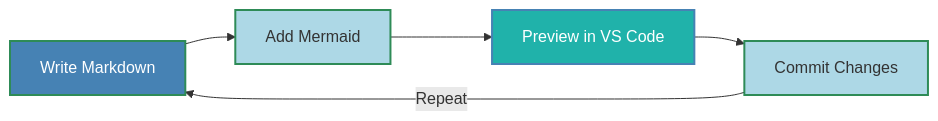
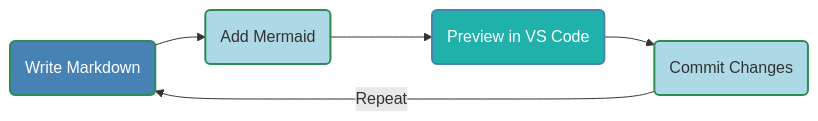
One commit to buckeye43210/markdown-to-snowkb changed the seventh of 11 diagrams in README.md. Above: the diagram before and after it, drawn with Mermaid. The commit also changed other lines of this file and 1 other file, not shown here.

````diff
--- a/README.md
+++ b/README.md
@@ -356,12 +356,13 @@
 ```mermaid
 graph LR
-    A[Write Markdown] --> B[Add Mermaid]
-    B --> C[Preview in VS Code]
-    C --> D[Commit Changes]
+    A(Write Markdown)
+    A --> B(Add Mermaid)
+    B --> C(Preview in VS Code)
+    C --> D(Commit Changes)
     D -->|Repeat| A
 
     style A fill:#4682B4,stroke:#2E8B57,stroke-width:2px,color:#FFFFFF
     style B fill:#ADD8E6,stroke:#2E8B57,stroke-width:2px
     style C fill:#20B2AA,stroke:#4682B4,stroke-width:2px,color:#FFFFFF
     style D fill:#ADD8E6,stroke:#2E8B57,stroke-width:2px
 ```
````
